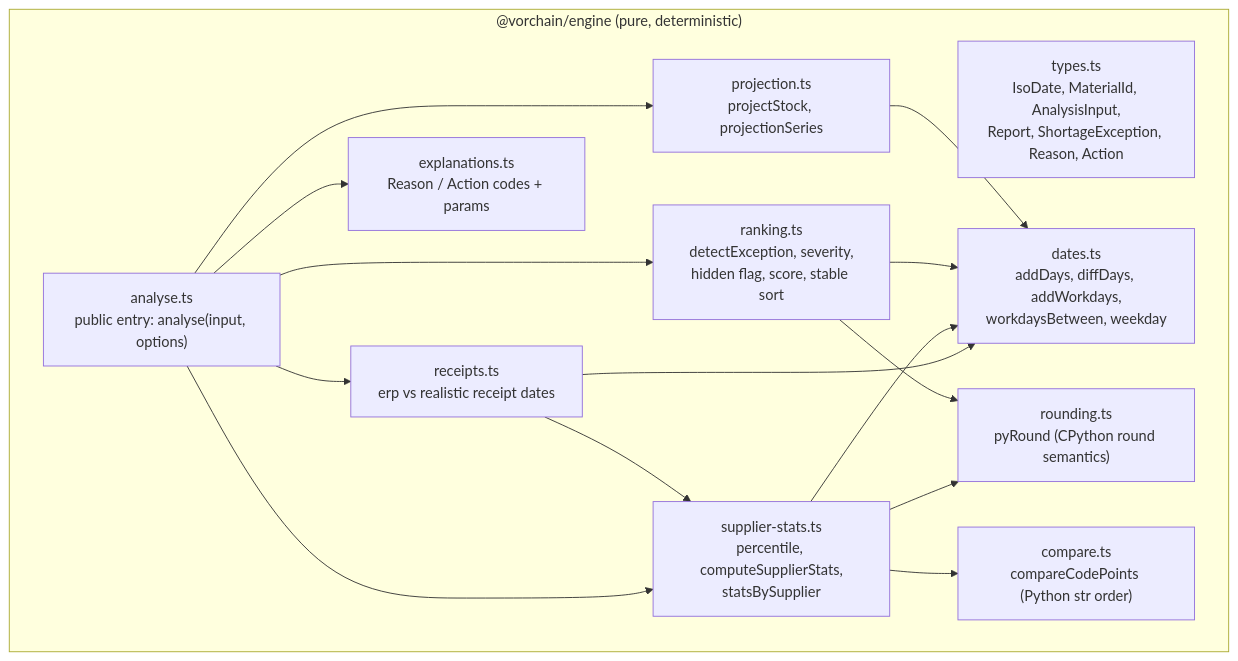
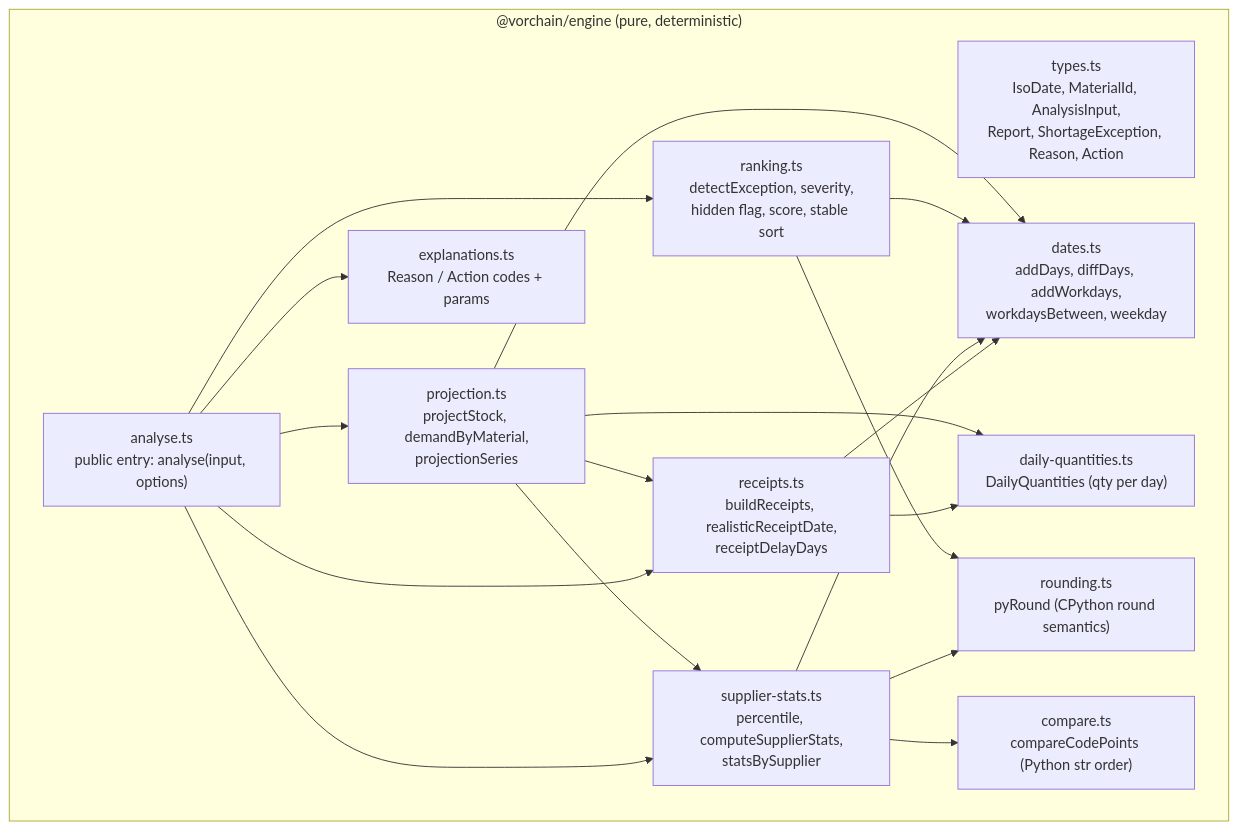
One commit to Sodabeh-Taherpanah/vorchain_project changed the fifth of 10 diagrams in docs/architecture/README.md. Above: the diagram before and after it, drawn with Mermaid. The commit also changed other lines of this file and 11 other files, not shown here.

First line of the commit message:
feat(engine): project stock day by day in erp and realistic views (#9)

````diff
--- a/docs/architecture/README.md
+++ b/docs/architecture/README.md
@@ -119,20 +119,21 @@
 ```mermaid
 flowchart TB
   subgraph engine["@vorchain/engine (pure, deterministic)"]
     types["types.ts<br/>IsoDate, MaterialId, AnalysisInput,<br/>Report, ShortageException, Reason, Action"]
     dates["dates.ts<br/>addDays, diffDays, addWorkdays,<br/>workdaysBetween, weekday"]
     rounding["rounding.ts<br/>pyRound (CPython round semantics)"]
     stats["supplier-stats.ts<br/>percentile, computeSupplierStats,<br/>statsBySupplier"]
     compare["compare.ts<br/>compareCodePoints (Python str order)"]
-    receipts["receipts.ts<br/>erp vs realistic receipt dates"]
-    projection["projection.ts<br/>projectStock, projectionSeries"]
+    daily["daily-quantities.ts<br/>DailyQuantities (qty per day)"]
+    receipts["receipts.ts<br/>buildReceipts, realisticReceiptDate,<br/>receiptDelayDays"]
+    projection["projection.ts<br/>projectStock, demandByMaterial,<br/>projectionSeries"]
     ranking["ranking.ts<br/>detectException, severity,<br/>hidden flag, score, stable sort"]
     explain["explanations.ts<br/>Reason / Action codes + params"]
     analyse["analyse.ts<br/>public entry: analyse(input, options)"]
   end
   analyse --> stats & receipts & projection & ranking & explain
-  receipts --> stats & dates
+  receipts --> dates & daily
   stats --> dates & rounding & compare
   ranking --> rounding & dates
-  projection --> dates
+  projection --> dates & daily & receipts & stats
 ```
````
